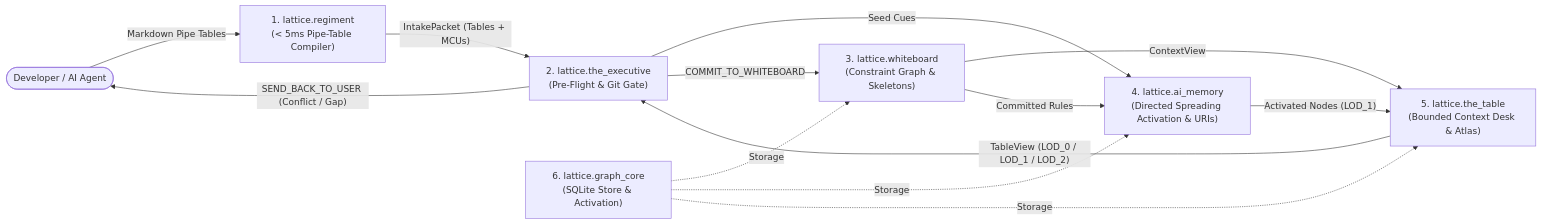
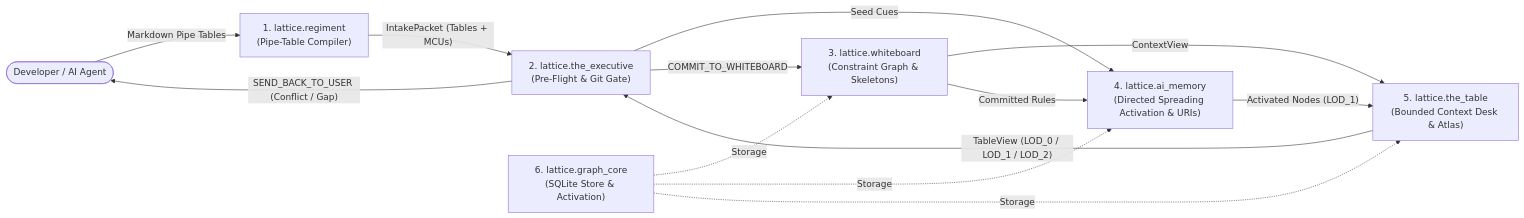
One commit to celtiberi/bowthruster changed the diagram in README.md. Above: the diagram before and after it, drawn with Mermaid. The commit also changed other lines of this file, not shown here.

````diff
--- a/README.md
+++ b/README.md
@@ -186,15 +186,15 @@
 ```mermaid
 flowchart LR
-    User(["Developer / AI Agent"]) -- "Markdown Pipe Tables" --> Reg["1. lattice.regiment\n(< 5ms Pipe-Table Compiler)"]
+    User(["Developer / AI Agent"]) -- "Markdown Pipe Tables" --> Reg["1. lattice.regiment\n(Pipe-Table Compiler)"]
     Reg -- "IntakePacket (Tables + MCUs)" --> Exec["2. lattice.the_executive\n(Pre-Flight & Git Gate)"]
     Exec -- "Seed Cues" --> Mem["4. lattice.ai_memory\n(Directed Spreading Activation & URIs)"]
     Mem -- "Activated Nodes (LOD_1)" --> Table["5. lattice.the_table\n(Bounded Context Desk & Atlas)"]
     WB["3. lattice.whiteboard\n(Constraint Graph & Skeletons)"] -- "ContextView" --> Table
     Table -- "TableView (LOD_0 / LOD_1 / LOD_2)" --> Exec
     Exec -- "COMMIT_TO_WHITEBOARD" --> WB
     Exec -- "SEND_BACK_TO_USER (Conflict / Gap)" --> User
     WB -- "Committed Rules" --> Mem
     GC["6. lattice.graph_core\n(SQLite Store & Activation)"] -. "Storage" .-> WB
     GC -. "Storage" .-> Mem
     GC -. "Storage" .-> Table
 ```
````
